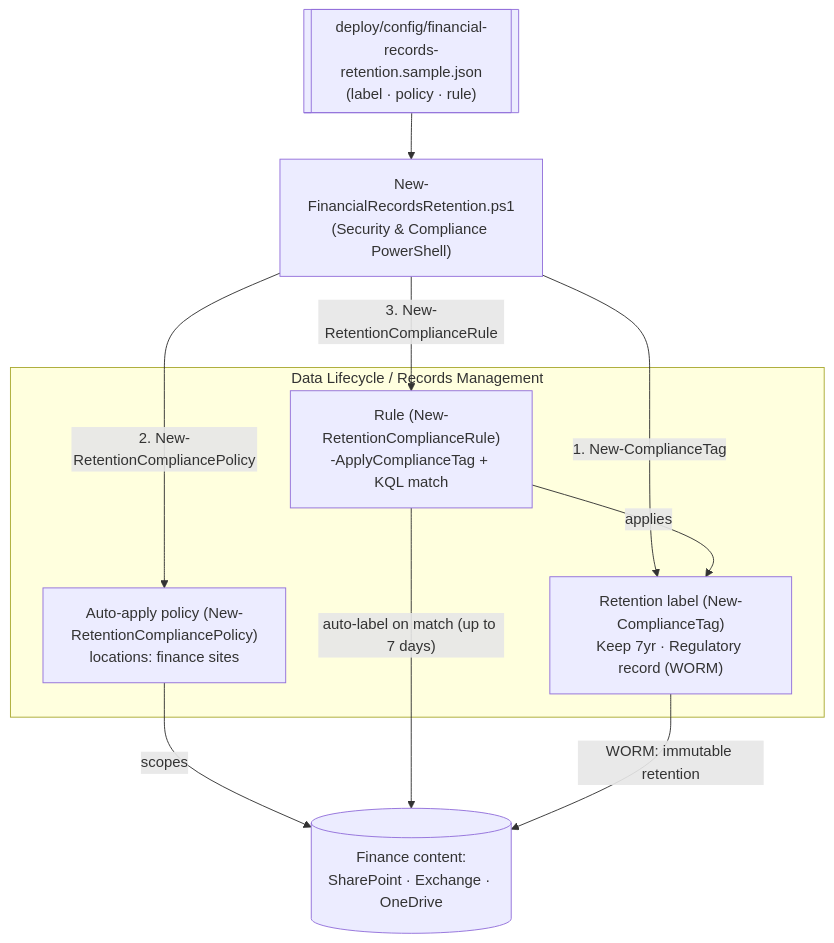
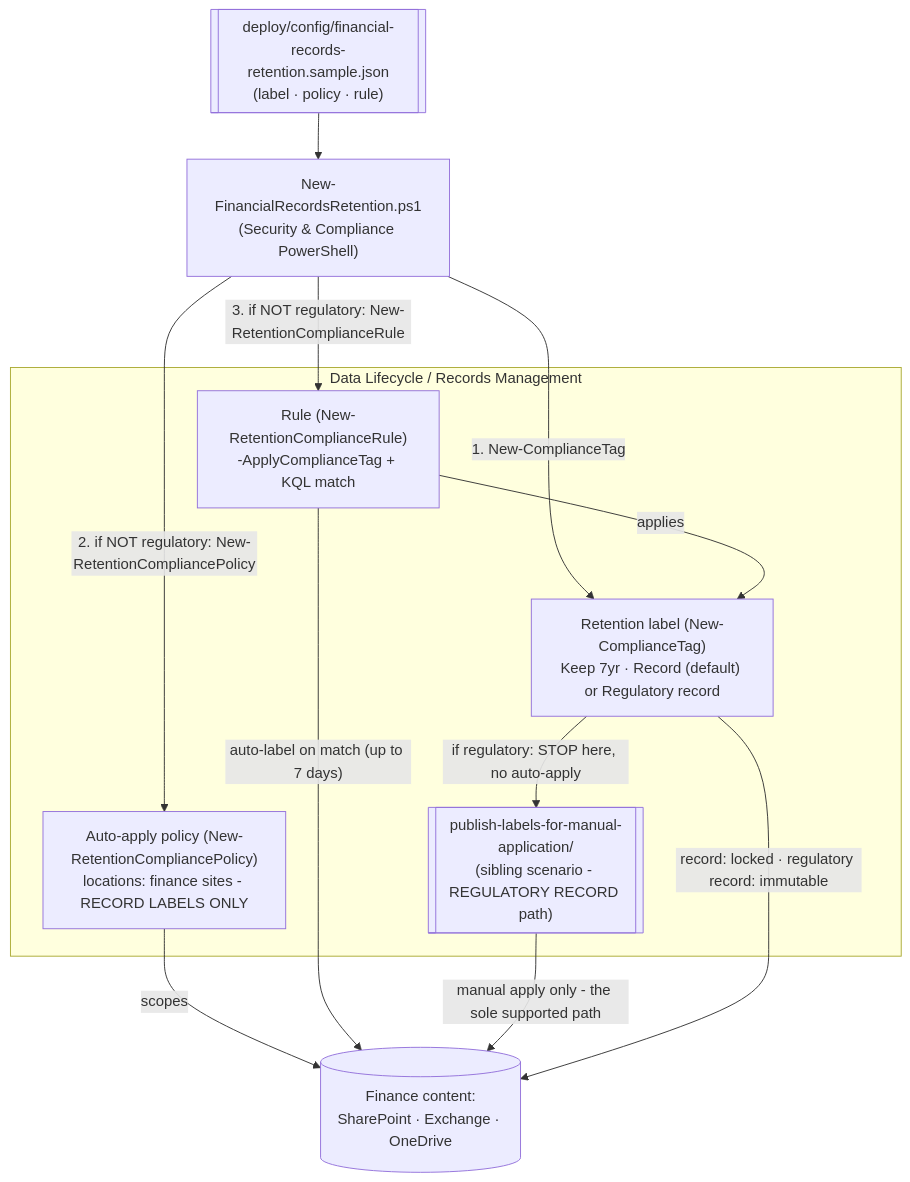
The diagram in scenarios/data-lifecycle-management/retention-labels-financial-records/README.md (kpsec1/purview-scenario-library), drawn with Mermaid before and after one commit. The commit also changed other lines of this file and 16 other files, not shown here.

First line of the commit message:
feat(data-lifecycle-management): add publish-labels-for-manual-application scenario

````diff
--- a/scenarios/data-lifecycle-management/retention-labels-financial-records/README.md
+++ b/scenarios/data-lifecycle-management/retention-labels-financial-records/README.md
@@ -52,22 +68,25 @@
 ```mermaid
 flowchart TD
     Cfg[["deploy/config/financial-records-retention.sample.json<br/>(label · policy · rule)"]]
     New["New-FinancialRecordsRetention.ps1<br/>(Security & Compliance PowerShell)"]
 
     subgraph DLM["Data Lifecycle / Records Management"]
-        Label["Retention label (New-ComplianceTag)<br/>Keep 7yr · Regulatory record (WORM)"]
-        Policy["Auto-apply policy (New-RetentionCompliancePolicy)<br/>locations: finance sites"]
+        Label["Retention label (New-ComplianceTag)<br/>Keep 7yr · Record (default) or Regulatory record"]
+        Policy["Auto-apply policy (New-RetentionCompliancePolicy)<br/>locations: finance sites - RECORD LABELS ONLY"]
         Rule["Rule (New-RetentionComplianceRule)<br/>-ApplyComplianceTag + KQL match"]
+        Publish[["publish-labels-for-manual-application/<br/>(sibling scenario - REGULATORY RECORD path)"]]
     end
 
     Content[("Finance content:<br/>SharePoint · Exchange · OneDrive")]
 
     Cfg --> New
     New -- "1. New-ComplianceTag" --> Label
-    New -- "2. New-RetentionCompliancePolicy" --> Policy
-    New -- "3. New-RetentionComplianceRule" --> Rule
+    Label -- "if regulatory: STOP here, no auto-apply" --> Publish
+    New -- "2. if NOT regulatory: New-RetentionCompliancePolicy" --> Policy
+    New -- "3. if NOT regulatory: New-RetentionComplianceRule" --> Rule
     Rule -- applies --> Label
     Policy -- scopes --> Content
     Rule -- "auto-label on match (up to 7 days)" --> Content
-    Label -- "WORM: immutable retention" --> Content
+    Publish -- "manual apply only - the sole supported path" --> Content
+    Label -- "record: locked · regulatory record: immutable" --> Content
 ```
````
